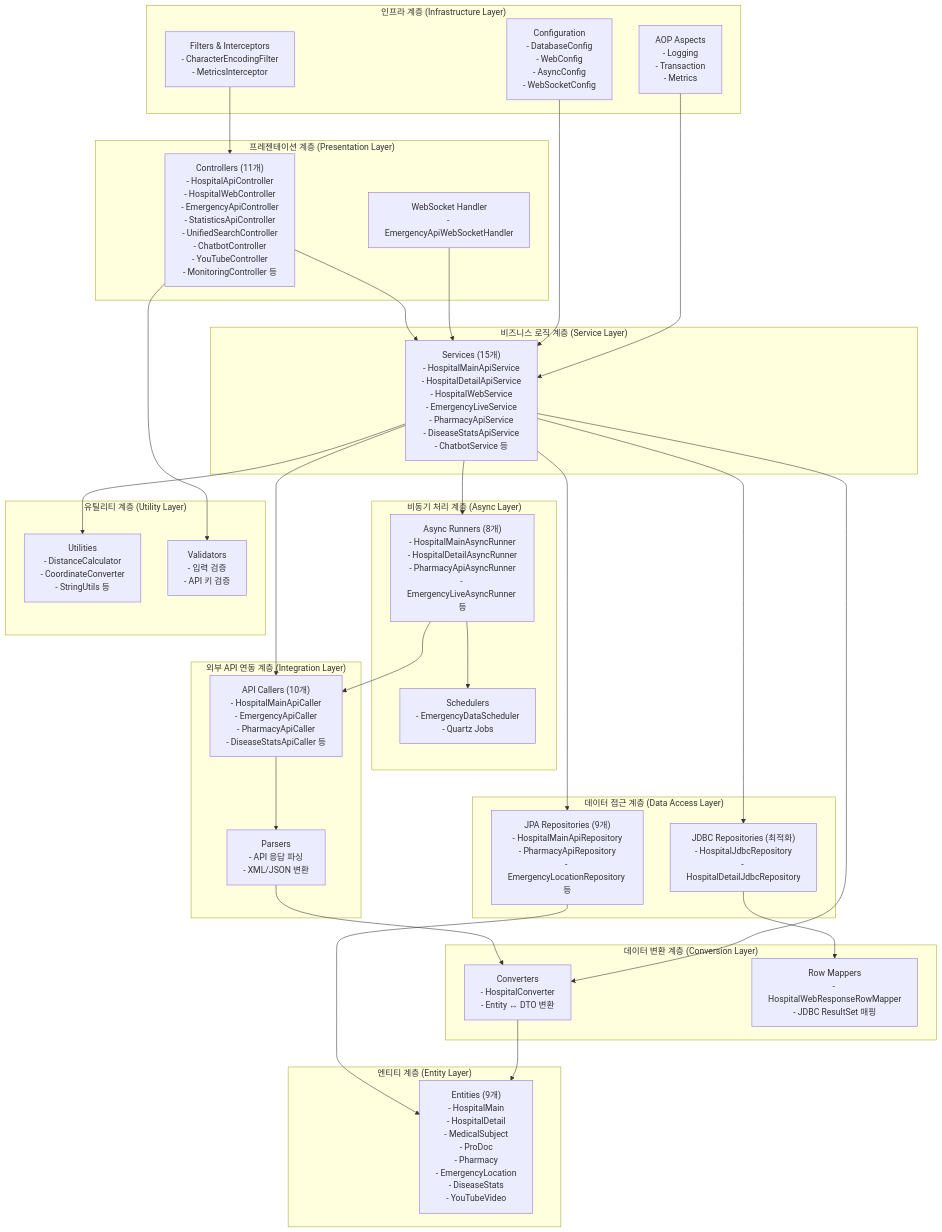
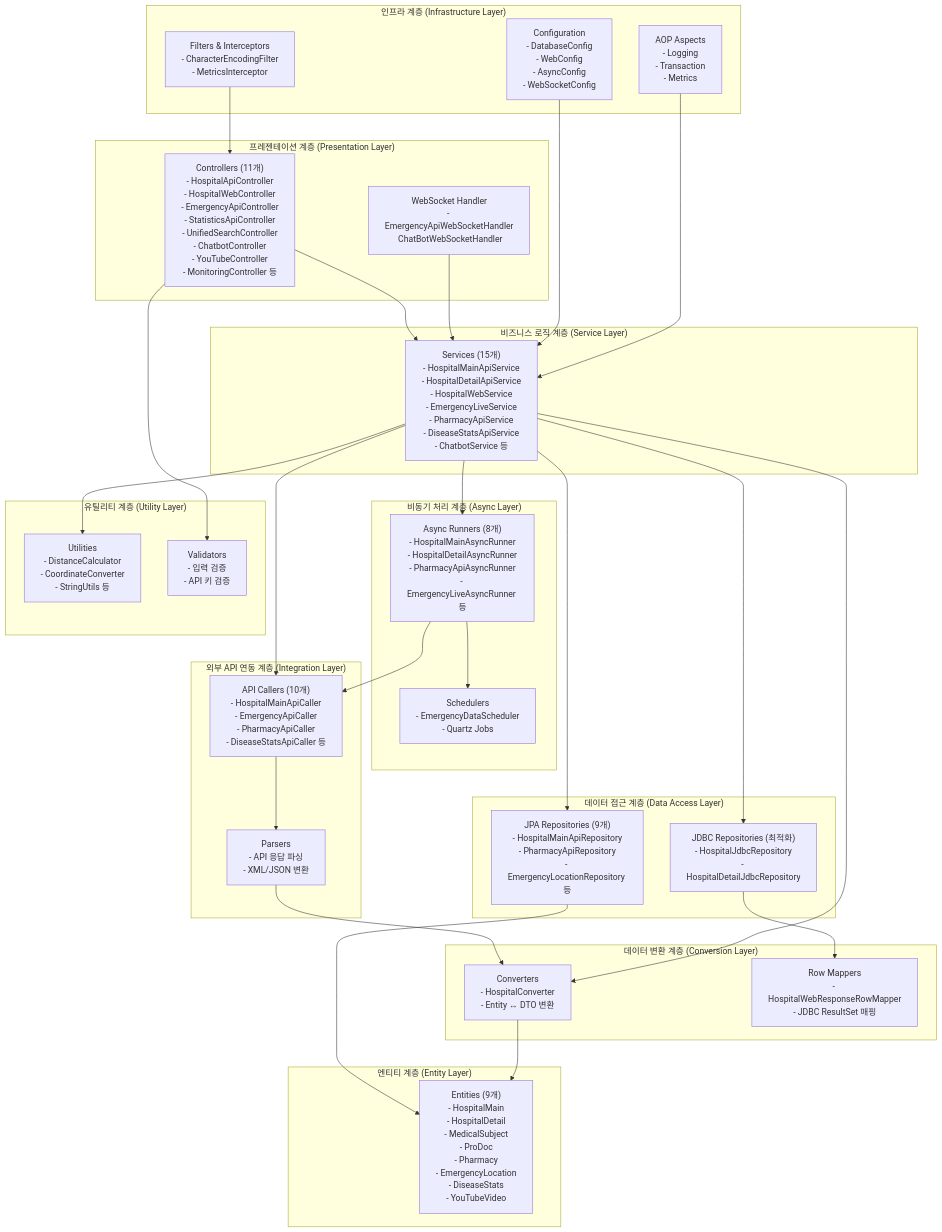
One commit to medical-info-hub/hospitalInfoProject-backend changed the second of 12 diagrams in SW_ARCHITECTURE_FLOWCHART.md. Above: the diagram before and after it, drawn with Mermaid.

````diff
--- a/SW_ARCHITECTURE_FLOWCHART.md
+++ b/SW_ARCHITECTURE_FLOWCHART.md
@@ -115,66 +115,66 @@
 ```mermaid
 graph TB
     subgraph "프레젠테이션 계층 (Presentation Layer)"
         Controllers["Controllers (11개)<br/>- HospitalApiController<br/>- HospitalWebController<br/>- EmergencyApiController<br/>- StatisticsApiController<br/>- UnifiedSearchController<br/>- ChatbotController<br/>- YouTubeController<br/>- MonitoringController 등"]
-        WSHandler["WebSocket Handler<br/>- EmergencyApiWebSocketHandler"]
+        WSHandler["WebSocket Handler<br/>- EmergencyApiWebSocketHandler<br/> ChatBotWebSocketHandler"]
     end
 
     subgraph "비즈니스 로직 계층 (Service Layer)"
         Services["Services (15개)<br/>- HospitalMainApiService<br/>- HospitalDetailApiService<br/>- HospitalWebService<br/>- EmergencyLiveService<br/>- PharmacyApiService<br/>- DiseaseStatsApiService<br/>- ChatbotService 등"]
     end
 
     subgraph "비동기 처리 계층 (Async Layer)"
         AsyncRunners["Async Runners (8개)<br/>- HospitalMainAsyncRunner<br/>- HospitalDetailAsyncRunner<br/>- PharmacyApiAsyncRunner<br/>- EmergencyLiveAsyncRunner 등"]
         Schedulers["Schedulers<br/>- EmergencyDataScheduler<br/>- Quartz Jobs"]
     end
 
     subgraph "외부 API 연동 계층 (Integration Layer)"
         ApiCallers["API Callers (10개)<br/>- HospitalMainApiCaller<br/>- EmergencyApiCaller<br/>- PharmacyApiCaller<br/>- DiseaseStatsApiCaller 등"]
         Parsers["Parsers<br/>- API 응답 파싱<br/>- XML/JSON 변환"]
     end
 
     subgraph "데이터 접근 계층 (Data Access Layer)"
         JPARepos["JPA Repositories (9개)<br/>- HospitalMainApiRepository<br/>- PharmacyApiRepository<br/>- EmergencyLocationRepository 등"]
         JDBCRepos["JDBC Repositories (최적화)<br/>- HospitalJdbcRepository<br/>- HospitalDetailJdbcRepository"]
     end
 
     subgraph "데이터 변환 계층 (Conversion Layer)"
         Converters["Converters<br/>- HospitalConverter<br/>- Entity ↔ DTO 변환"]
         RowMappers["Row Mappers<br/>- HospitalWebResponseRowMapper<br/>- JDBC ResultSet 매핑"]
     end
 
     subgraph "엔티티 계층 (Entity Layer)"
         Entities["Entities (9개)<br/>- HospitalMain<br/>- HospitalDetail<br/>- MedicalSubject<br/>- ProDoc<br/>- Pharmacy<br/>- EmergencyLocation<br/>- DiseaseStats<br/>- YouTubeVideo"]
     end
 
     subgraph "유틸리티 계층 (Utility Layer)"
         Utils["Utilities<br/>- DistanceCalculator<br/>- CoordinateConverter<br/>- StringUtils 등"]
         Validators["Validators<br/>- 입력 검증<br/>- API 키 검증"]
     end
 
     subgraph "인프라 계층 (Infrastructure Layer)"
         Config["Configuration<br/>- DatabaseConfig<br/>- WebConfig<br/>- AsyncConfig<br/>- WebSocketConfig"]
         Aspects["AOP Aspects<br/>- Logging<br/>- Transaction<br/>- Metrics"]
         Filters["Filters & Interceptors<br/>- CharacterEncodingFilter<br/>- MetricsInterceptor"]
     end
 
     Controllers --> Services
     WSHandler --> Services
     Services --> AsyncRunners
     Services --> ApiCallers
     Services --> JPARepos
     Services --> JDBCRepos
     AsyncRunners --> ApiCallers
     AsyncRunners --> Schedulers
     ApiCallers --> Parsers
     Parsers --> Converters
     JPARepos --> Entities
     JDBCRepos --> RowMappers
     Converters --> Entities
     Services --> Converters
     Services --> Utils
     Controllers --> Validators
     Config --> Services
     Aspects --> Services
     Filters --> Controllers
 ```
````
